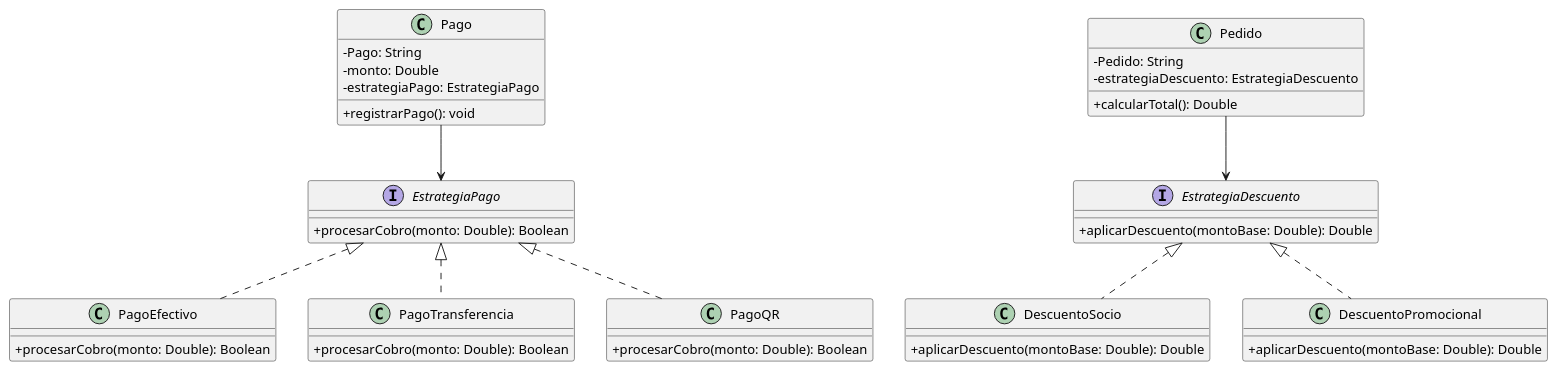
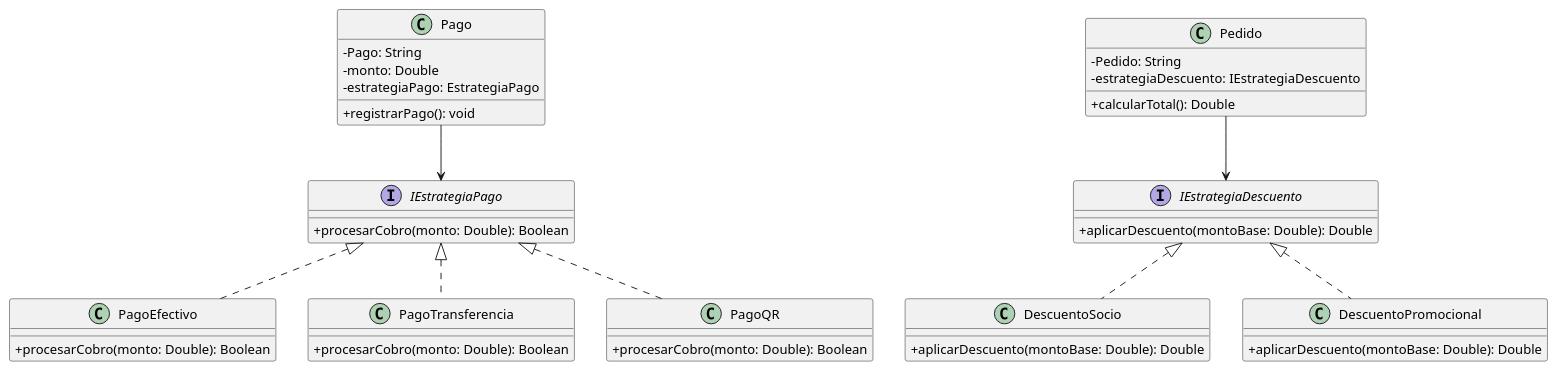
One commit to eloeyhe/SistemaPedidos changed the diagram in diagramas/01-diagrama-clases/01-solid-02-ocp.puml. Above: the diagram before and after it, drawn with PlantUML. The commit also changed 1 other file, not shown here.

Commit message:
Corrijo nomenclatura de Estrategia.. por IEstrategia..

```diff
--- a/diagramas/01-diagrama-clases/01-solid-02-ocp.puml
+++ b/diagramas/01-diagrama-clases/01-solid-02-ocp.puml
@@ -1,49 +1,49 @@
 @startuml 01-solid-02-ocp
 skinparam classAttributeIconSize 0
 
 class Pago {
     - Pago: String
     - monto: Double
     - estrategiaPago: EstrategiaPago
     + registrarPago(): void
 }
 
-interface EstrategiaPago {
+interface IEstrategiaPago {
     + procesarCobro(monto: Double): Boolean
 }
 
-class PagoEfectivo implements EstrategiaPago {
+class PagoEfectivo implements IEstrategiaPago {
     + procesarCobro(monto: Double): Boolean
 }
 
-class PagoTransferencia implements EstrategiaPago {
+class PagoTransferencia implements IEstrategiaPago {
     + procesarCobro(monto: Double): Boolean
 }
 
-class PagoQR implements EstrategiaPago {
+class PagoQR implements IEstrategiaPago {
     + procesarCobro(monto: Double): Boolean
 }
 
-Pago --> EstrategiaPago
+Pago --> IEstrategiaPago
 
 class Pedido {
     - Pedido: String
-    - estrategiaDescuento: EstrategiaDescuento
+    - estrategiaDescuento: IEstrategiaDescuento
     + calcularTotal(): Double
 }
 
-interface EstrategiaDescuento {
+interface IEstrategiaDescuento {
     + aplicarDescuento(montoBase: Double): Double
 }
 
-class DescuentoSocio implements EstrategiaDescuento {
+class DescuentoSocio implements IEstrategiaDescuento {
     + aplicarDescuento(montoBase: Double): Double
 }
 
-class DescuentoPromocional implements EstrategiaDescuento {
+class DescuentoPromocional implements IEstrategiaDescuento {
     + aplicarDescuento(montoBase: Double): Double
 }
 
-Pedido --> EstrategiaDescuento
+Pedido --> IEstrategiaDescuento
 
 @enduml
```
